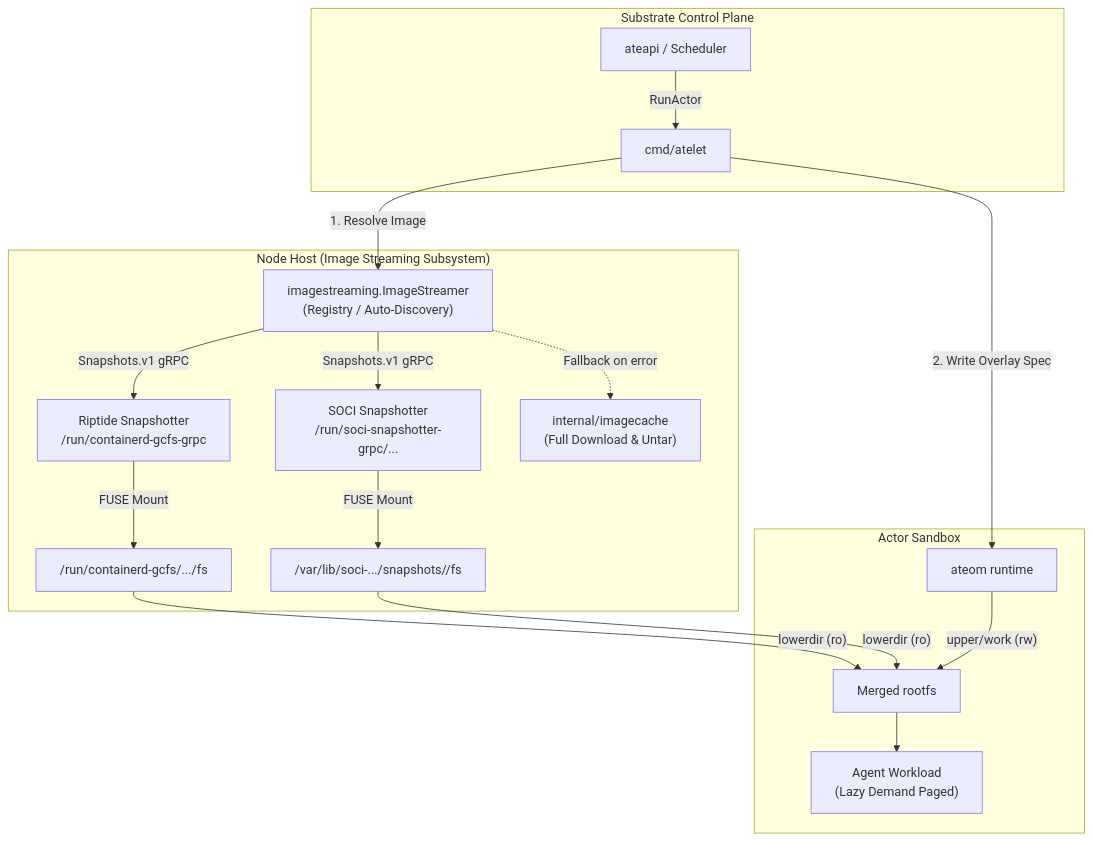
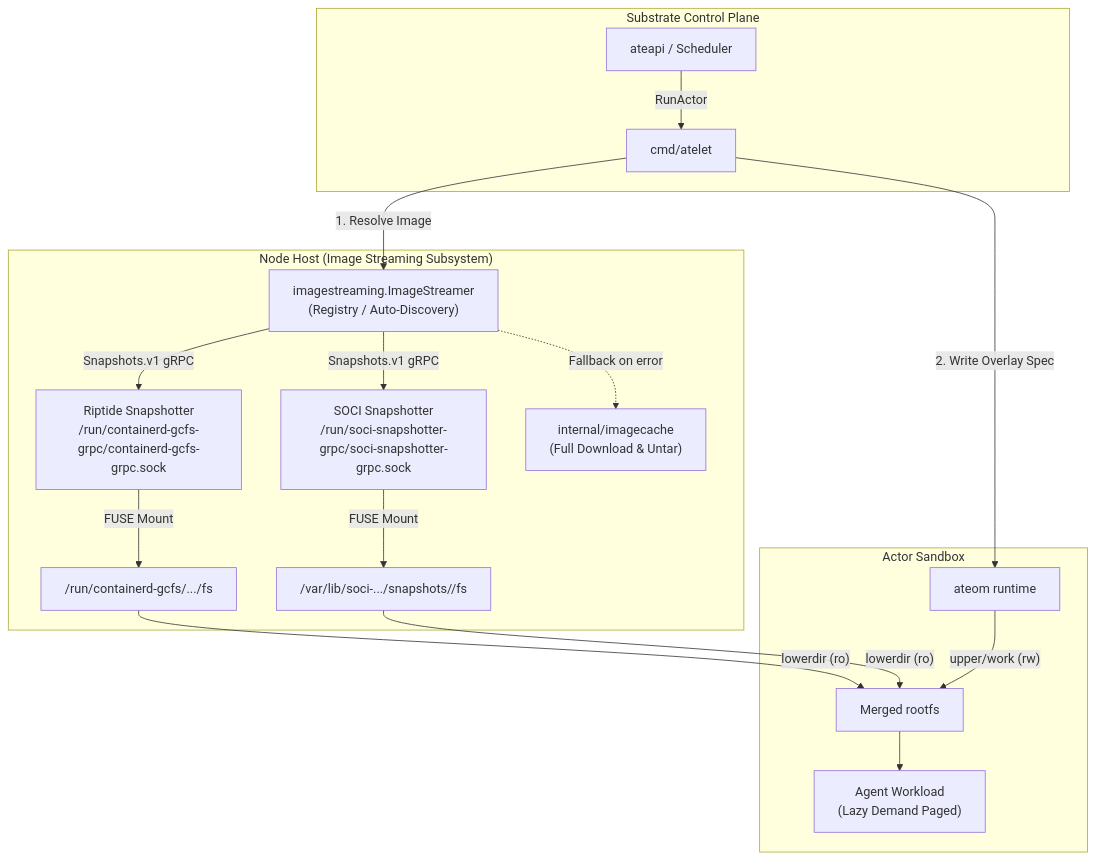
Before and after one commit to agent-substrate/substrate: the first of 2 diagrams in docs/image-streaming-api-design.md, drawn with Mermaid. The commit also changed other lines of this file and 4 other files, not shown here.

````diff
--- a/docs/image-streaming-api-design.md
+++ b/docs/image-streaming-api-design.md
@@ -111,27 +111,27 @@
 ```mermaid
 flowchart TD
 
     subgraph SubstrateControl["Substrate Control Plane"]
         API[ateapi / Scheduler] -->|RunActor| Atelet[cmd/atelet]
     end
 
     subgraph SubstrateHost["Node Host (Image Streaming Subsystem)"]
         Atelet -->|1. Resolve Image| StreamerMux["imagestreaming.ImageStreamer<br/>(Registry / Auto-Discovery)"]
         
-        StreamerMux -->|Snapshots.v1 gRPC| GCFS["Riptide Snapshotter<br/>/run/containerd-gcfs-grpc"]
-        StreamerMux -->|Snapshots.v1 gRPC| SOCI["SOCI Snapshotter<br/>/run/soci-snapshotter-grpc/..."]
+        StreamerMux -->|Snapshots.v1 gRPC| GCFS["Riptide Snapshotter<br/>/run/containerd-gcfs-grpc/containerd-gcfs-grpc.sock"]
+        StreamerMux -->|Snapshots.v1 gRPC| SOCI["SOCI Snapshotter<br/>/run/soci-snapshotter-grpc/soci-snapshotter-grpc.sock"]
         
         StreamerMux -.->|Fallback on error| ImgCache["internal/imagecache<br/>(Full Download & Untar)"]
         
         GCFS -->|FUSE Mount| LayerView1["/run/containerd-gcfs/.../fs"]
         SOCI -->|FUSE Mount| LayerView2["/var/lib/soci-.../snapshots/<id>/fs"]
     end
 
     subgraph ActorSandbox["Actor Sandbox"]
         Atelet -->|2. Write Overlay Spec| Ateom[ateom runtime]
         %% Parentheses in labels are wrapped in string quotes below
         LayerView1 & LayerView2 -- "lowerdir (ro)" --> OverlayFS["Merged rootfs"]
         Ateom -- "upper/work (rw)" --> OverlayFS
         OverlayFS --> Workload["Agent Workload<br/>(Lazy Demand Paged)"]
     end
 ```
````
